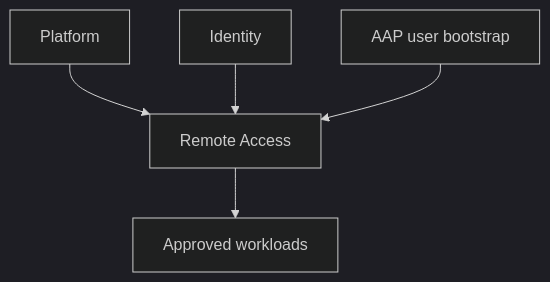
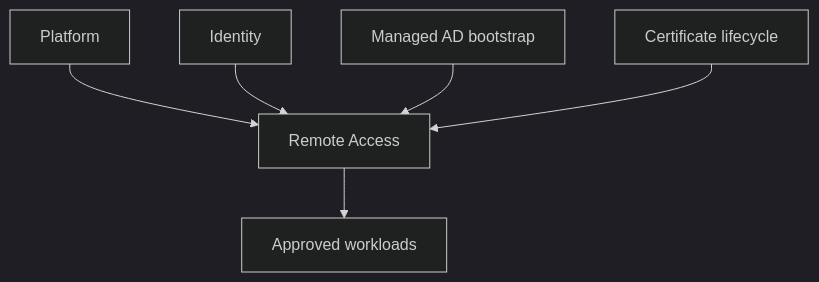
The diagram in docs/adr/ADR-006-remote-access-stack.md (CloudDevops2789/terraform_modules), drawn with Mermaid (dark theme) before and after one commit. The commit also changed other lines of this file and 30 other files, not shown here.

````diff
--- a/docs/adr/ADR-006-remote-access-stack.md
+++ b/docs/adr/ADR-006-remote-access-stack.md
@@ -24,7 +40,8 @@
 ```mermaid
 flowchart TD
     P["Platform"] --> R["Remote Access"]
     I["Identity"] --> R
-    A["AAP user bootstrap"] --> R
+    B["Managed AD bootstrap"] --> R
+    C["Certificate lifecycle"] --> R
     R --> W["Approved workloads"]
 ```
````
